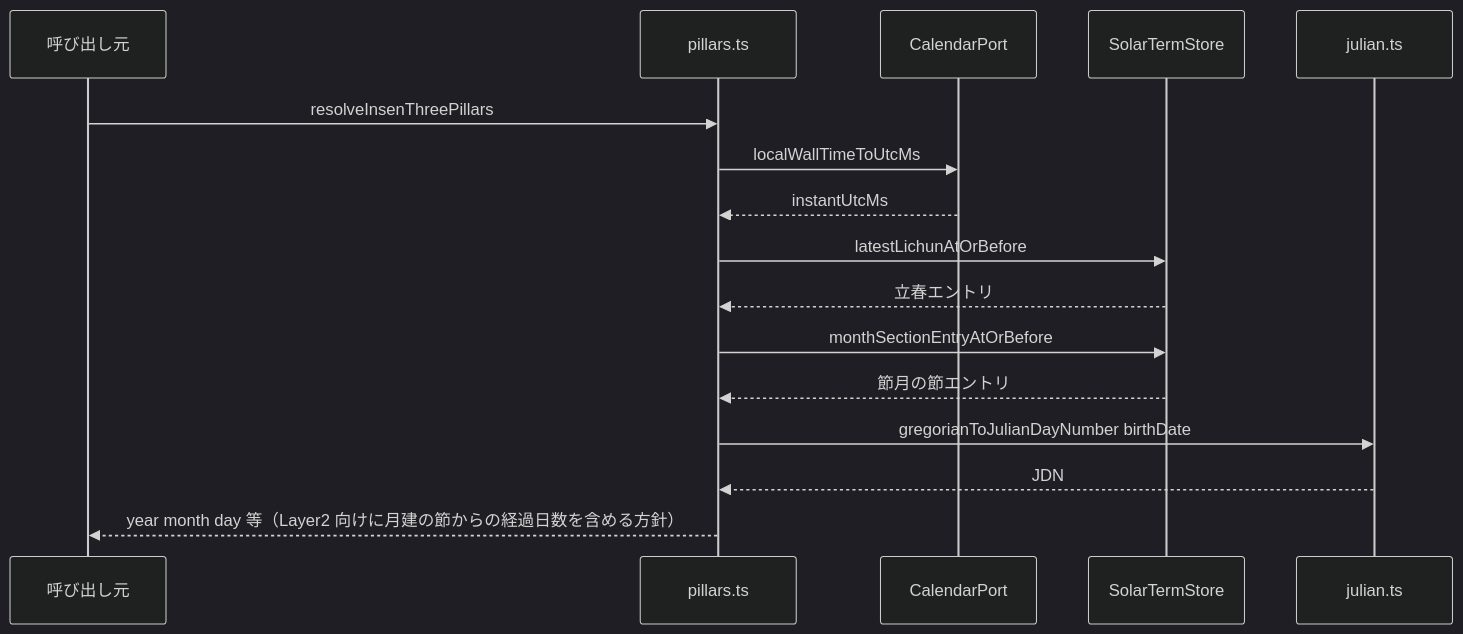
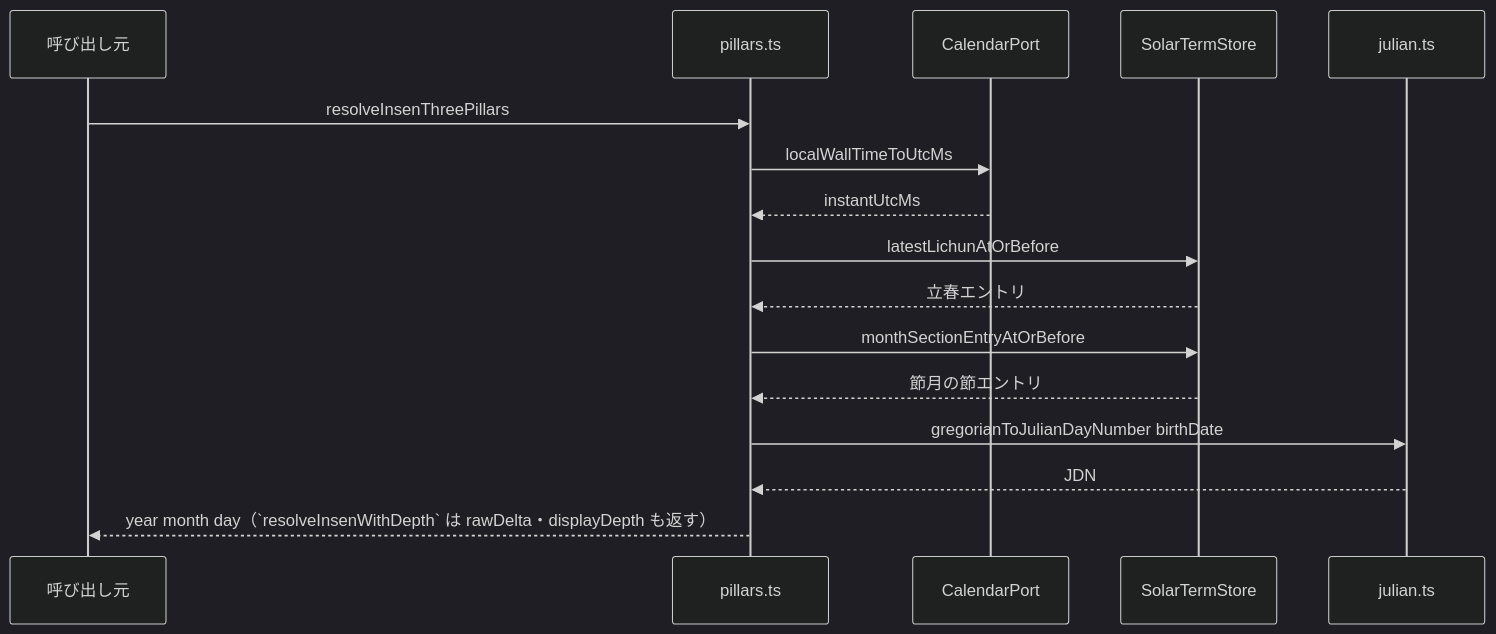
The fourth of 7 diagrams in Docs/IMPLEMENTATION.md (DukeGomadango/sanmei-core), drawn with Mermaid (dark theme) before and after one commit. The commit also changed other lines of this file and 5 other files, not shown here.

````diff
--- a/Docs/IMPLEMENTATION.md
+++ b/Docs/IMPLEMENTATION.md
@@ -107,18 +107,18 @@
 ```mermaid
 sequenceDiagram
   participant Caller as 呼び出し元
   participant Pillars as pillars.ts
   participant Port as CalendarPort
   participant Store as SolarTermStore
   participant Jul as julian.ts
   Caller->>Pillars: resolveInsenThreePillars
   Pillars->>Port: localWallTimeToUtcMs
   Port-->>Pillars: instantUtcMs
   Pillars->>Store: latestLichunAtOrBefore
   Store-->>Pillars: 立春エントリ
   Pillars->>Store: monthSectionEntryAtOrBefore
   Store-->>Pillars: 節月の節エントリ
   Pillars->>Jul: gregorianToJulianDayNumber birthDate
   Jul-->>Pillars: JDN
-  Pillars-->>Caller: year month day 等（Layer2 向けに月建の節からの経過日数を含める方針）
+  Pillars-->>Caller: year month day（`resolveInsenWithDepth` は rawDelta・displayDepth も返す）
 ```
````
